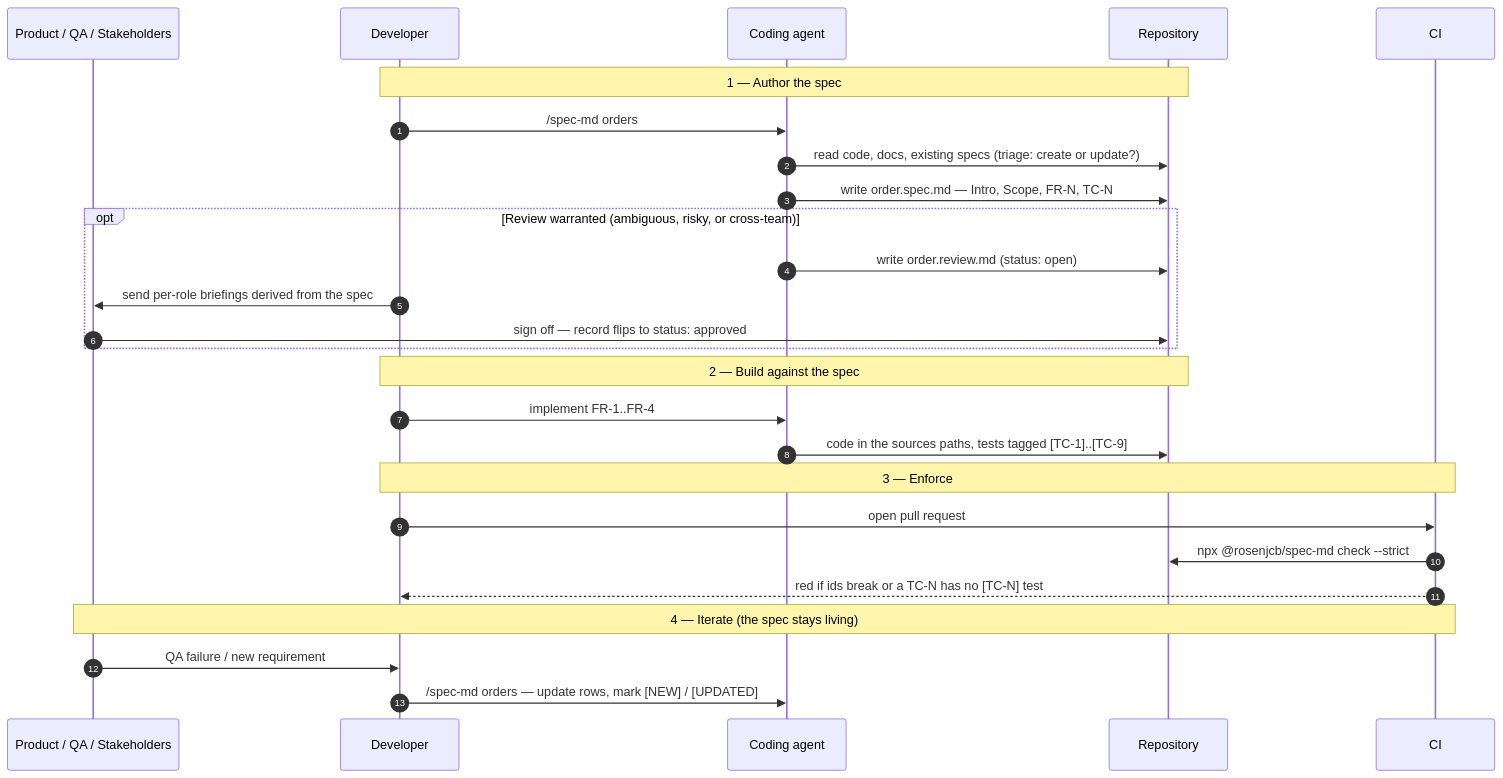
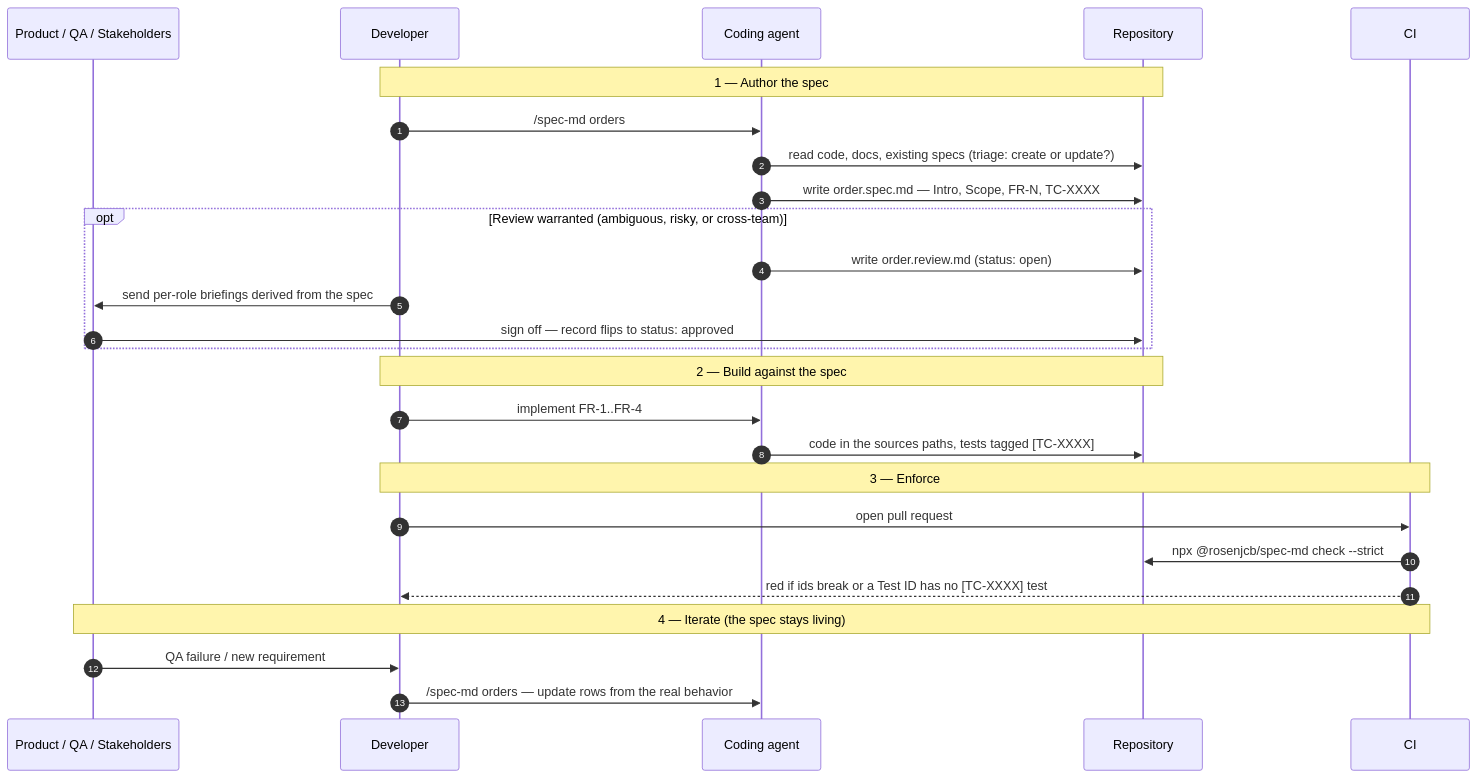
The second of 3 diagrams in README.md (rosenjcb/spec-md), drawn with Mermaid before and after one commit. The commit also changed other lines of this file and 43 other files, not shown here.

First line of the commit message:
Stable TC-XXXX test ids and spec-md rebrand (#18)

````diff
--- a/README.md
+++ b/README.md
@@ -218,33 +223,33 @@
 ```mermaid
 sequenceDiagram
     autonumber
     participant PM as Product / QA / Stakeholders
     participant Dev as Developer
     participant Agent as Coding agent
     participant Repo as Repository
     participant CI as CI
 
     Note over Dev,Repo: 1 — Author the spec
     Dev->>Agent: /spec-md orders
     Agent->>Repo: read code, docs, existing specs (triage: create or update?)
-    Agent->>Repo: write order.spec.md — Intro, Scope, FR-N, TC-N
+    Agent->>Repo: write order.spec.md — Intro, Scope, FR-N, TC-XXXX
 
     opt Review warranted (ambiguous, risky, or cross-team)
         Agent->>Repo: write order.review.md (status: open)
         Dev->>PM: send per-role briefings derived from the spec
         PM->>Repo: sign off — record flips to status: approved
     end
 
     Note over Dev,Repo: 2 — Build against the spec
     Dev->>Agent: implement FR-1..FR-4
-    Agent->>Repo: code in the sources paths, tests tagged [TC-1]..[TC-9]
+    Agent->>Repo: code in the sources paths, tests tagged [TC-XXXX]
 
     Note over Dev,CI: 3 — Enforce
     Dev->>CI: open pull request
     CI->>Repo: npx @rosenjcb/spec-md check --strict
-    CI-->>Dev: red if ids break or a TC-N has no [TC-N] test
+    CI-->>Dev: red if ids break or a Test ID has no [TC-XXXX] test
 
     Note over PM,CI: 4 — Iterate (the spec stays living)
     PM->>Dev: QA failure / new requirement
-    Dev->>Agent: /spec-md orders — update rows, mark [NEW] / [UPDATED]
+    Dev->>Agent: /spec-md orders — update rows from the real behavior
 ```
````
